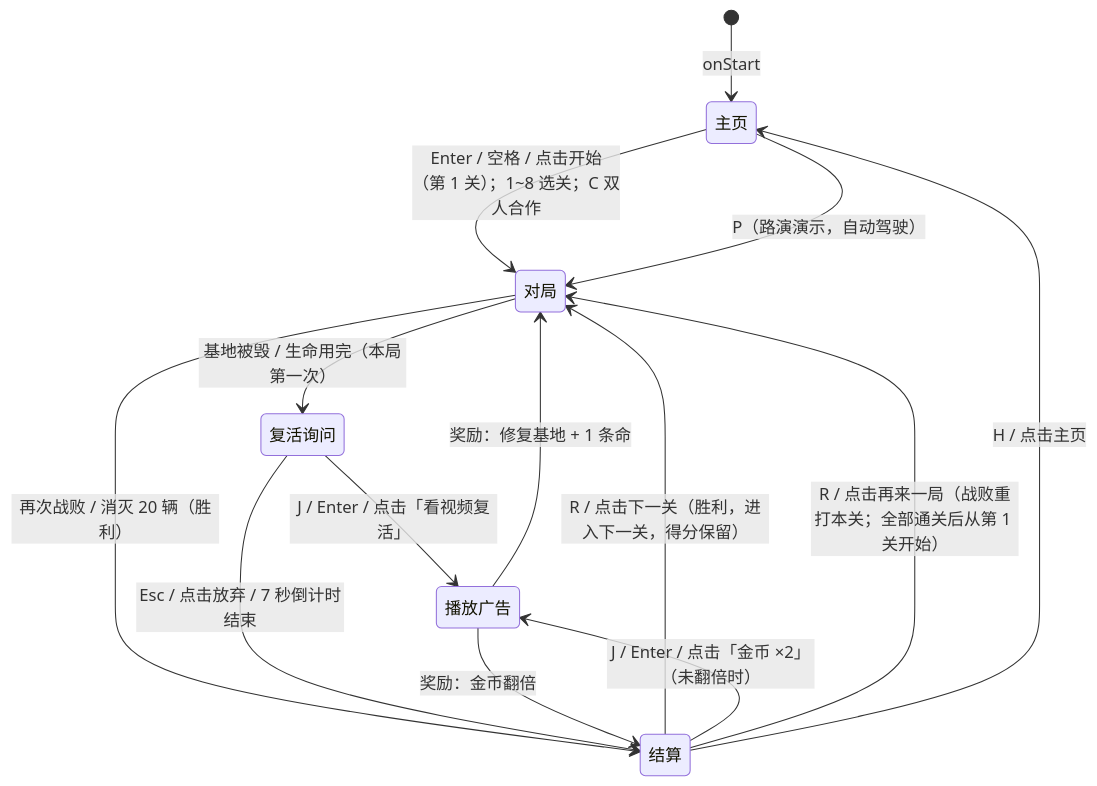
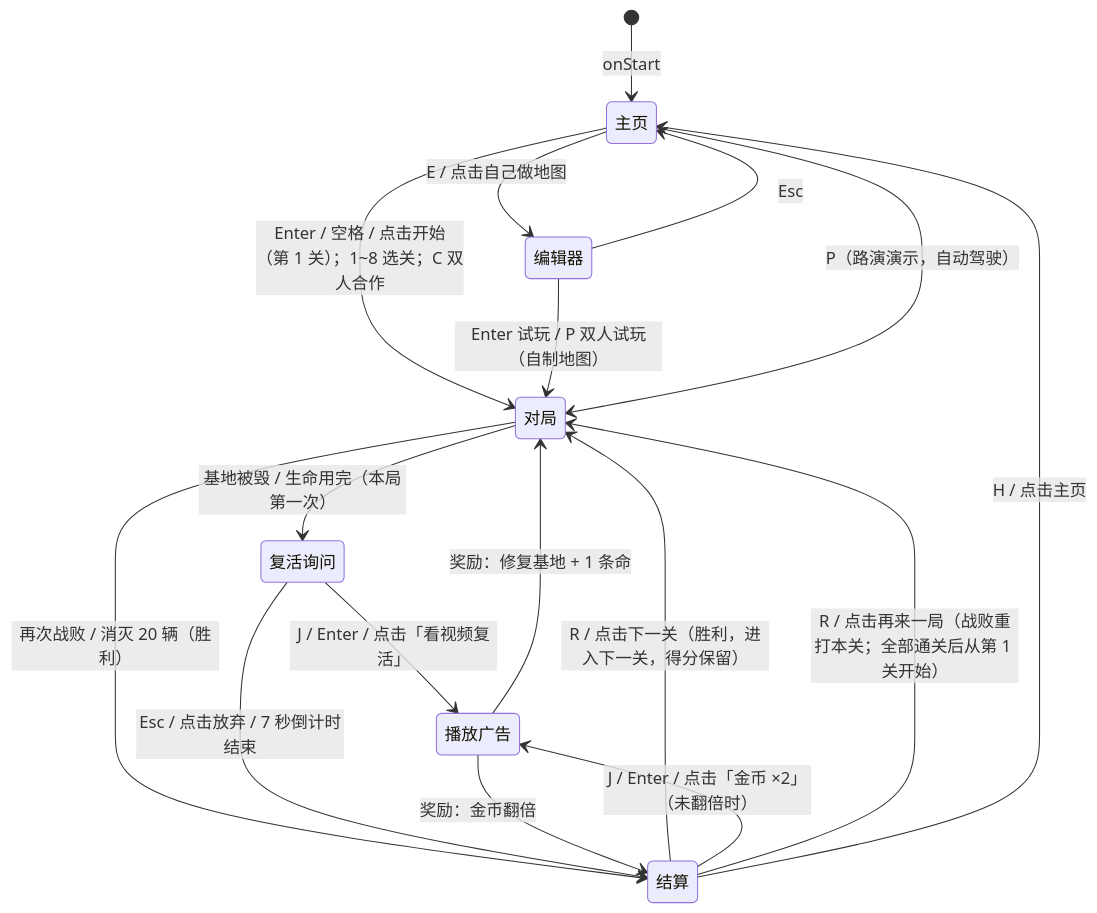
One commit to Qiniu-ERE/zero changed the second of 2 diagrams in docs/ARCHITECTURE.md. Above: the diagram before and after it, drawn with Mermaid. The commit also changed other lines of this file and 8 other files, not shown here.

Commit message:
docs: map maker is implemented — screenshots, test log, architecture

````diff
--- a/docs/ARCHITECTURE.md
+++ b/docs/ARCHITECTURE.md
@@ -133,16 +139,19 @@
 ```mermaid
 stateDiagram-v2
   [*] --> 主页: onStart
   主页 --> 对局: Enter / 空格 / 点击开始（第 1 关）；1~8 选关；C 双人合作
+  主页 --> 编辑器: E / 点击自己做地图
+  编辑器 --> 对局: Enter 试玩 / P 双人试玩（自制地图）
+  编辑器 --> 主页: Esc
   主页 --> 对局: P（路演演示，自动驾驶）
   对局 --> 复活询问: 基地被毁 / 生命用完（本局第一次）
   对局 --> 结算: 再次战败 / 消灭 20 辆（胜利）
   结算 --> 对局: R / 点击下一关（胜利，进入下一关，得分保留）
   复活询问 --> 播放广告: J / Enter / 点击「看视频复活」
   复活询问 --> 结算: Esc / 点击放弃 / 7 秒倒计时结束
   播放广告 --> 对局: 奖励：修复基地 + 1 条命
   结算 --> 播放广告: J / Enter / 点击「金币 ×2」（未翻倍时）
   播放广告 --> 结算: 奖励：金币翻倍
   结算 --> 对局: R / 点击再来一局（战败重打本关；全部通关后从第 1 关开始）
   结算 --> 主页: H / 点击主页
 ```
````
